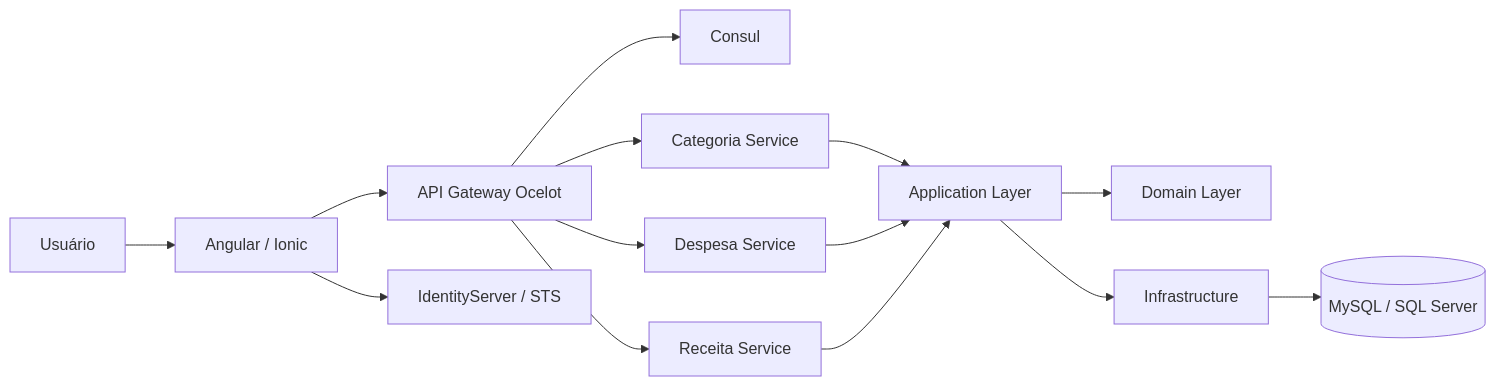
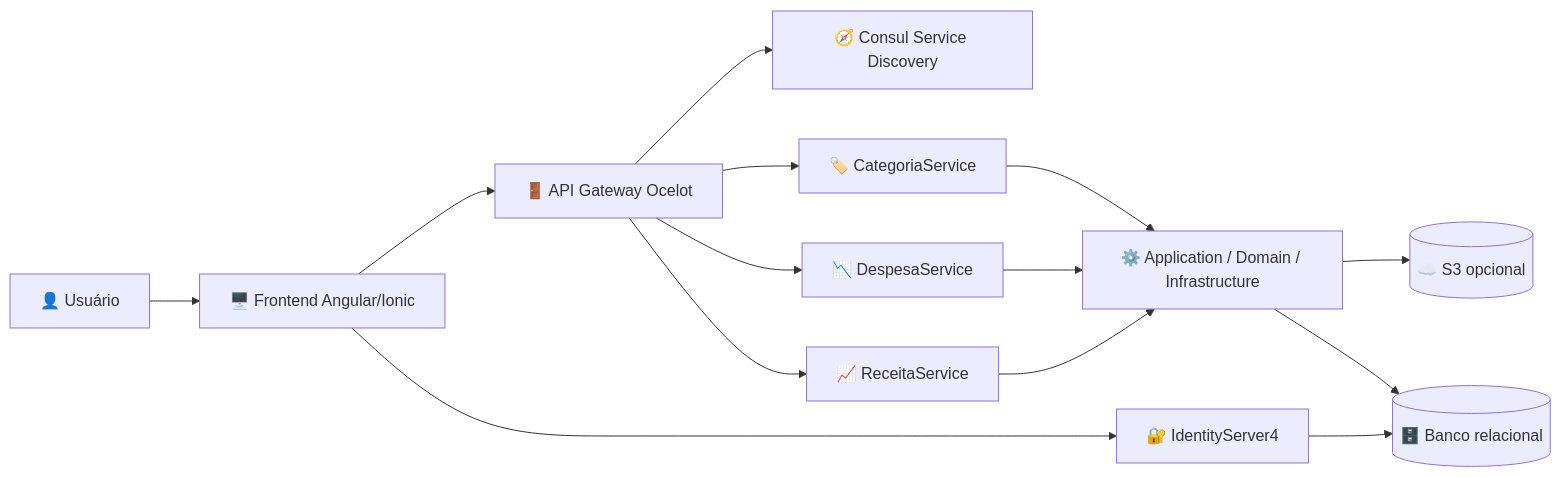
The first of 5 diagrams in readme.md (alexribeirofaria/prj-despesas-microservices-design), drawn with Mermaid before and after one commit. The commit also changed other lines of this file and 1 other file, not shown here.

````diff
--- a/readme.md
+++ b/readme.md
@@ -91,16 +228,21 @@
 ```mermaid
 flowchart LR
-    User[Usuário] --> Front[Angular / Ionic]
-    Front --> Gateway[API Gateway Ocelot]
-    Gateway --> Consul[Consul]
-    Gateway --> Cat[Categoria Service]
-    Gateway --> Desp[Despesa Service]
-    Gateway --> Rec[Receita Service]
-    Front --> STS[IdentityServer / STS]
-    Cat --> App[Application Layer]
-    Desp --> App
-    Rec --> App
-    App --> Domain[Domain Layer]
-    App --> Infra[Infrastructure]
-    Infra --> Db[(MySQL / SQL Server)]
+    User["👤 Usuário"] --> Front["🖥️ Frontend Angular/Ionic"]
+
+    Front --> Gateway["🚪 API Gateway Ocelot"]
+    Front --> STS["🔐 IdentityServer4"]
+
+    Gateway --> Consul["🧭 Consul Service Discovery"]
+    Gateway --> Categoria["🏷️ CategoriaService"]
+    Gateway --> Despesa["📉 DespesaService"]
+    Gateway --> Receita["📈 ReceitaService"]
+
+    Categoria --> Shared["⚙️ Application / Domain / Infrastructure"]
+    Despesa --> Shared
+    Receita --> Shared
+
+    Shared --> Database[("🗄️ Banco relacional")]
+    Shared --> Storage[("☁️ S3 opcional")]
+
+    STS --> Database
 ```
````
